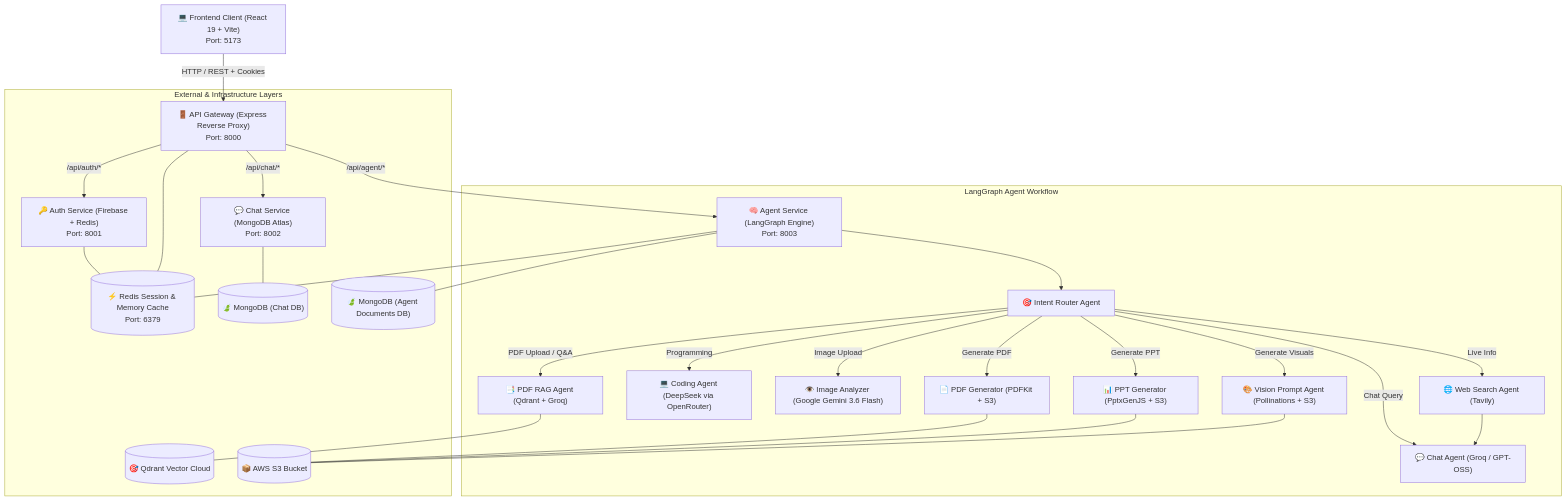
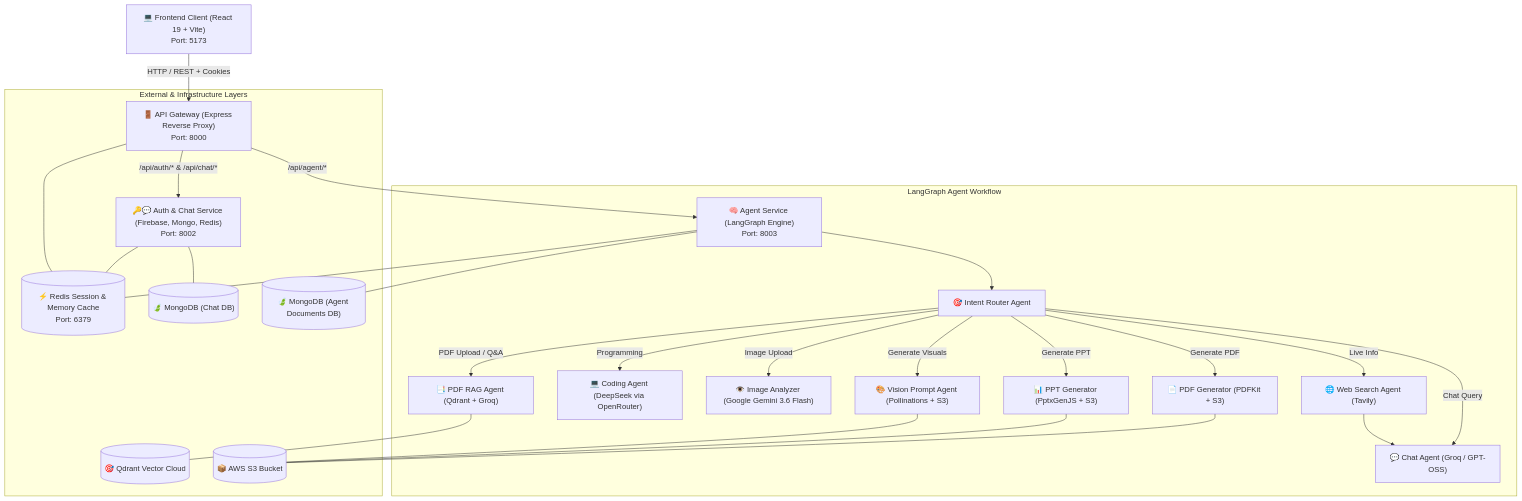
Before and after one commit to dev-Sujan4/Jett-AI-Multi-Agent-AI-platform-: the diagram in README.md, drawn with Mermaid. The commit also changed other lines of this file and 1 other file, not shown here.

````diff
--- a/README.md
+++ b/README.md
@@ -29,33 +29,32 @@
 ```mermaid
 graph TD
     Client["💻 Frontend Client (React 19 + Vite)<br/>Port: 5173"] -->|HTTP / REST + Cookies| Gateway["🚪 API Gateway (Express Reverse Proxy)<br/>Port: 8000"]
 
-    Gateway -->|/api/auth/*| AuthSvc["🔑 Auth Service (Firebase + Redis)<br/>Port: 8001"]
-    Gateway -->|/api/chat/*| ChatSvc["💬 Chat Service (MongoDB Atlas)<br/>Port: 8002"]
+    Gateway -->|/api/auth/* & /api/chat/*| AuthChatSvc["🔑💬 Auth & Chat Service (Firebase, Mongo, Redis)<br/>Port: 8002"]
     Gateway -->|/api/agent/*| AgentSvc["🧠 Agent Service (LangGraph Engine)<br/>Port: 8003"]
 
     subgraph "LangGraph Agent Workflow"
         AgentSvc --> Router["🎯 Intent Router Agent"]
         Router -->|Chat Query| ChatAgent["💬 Chat Agent (Groq / GPT-OSS)"]
         Router -->|Live Info| SearchAgent["🌐 Web Search Agent (Tavily)"]
         Router -->|Programming| CodingAgent["💻 Coding Agent (DeepSeek via OpenRouter)"]
         Router -->|Image Upload| ImgAnalyzer["👁️ Image Analyzer (Google Gemini 3.6 Flash)"]
         Router -->|PDF Upload / Q&A| PDFRag["📑 PDF RAG Agent (Qdrant + Groq)"]
         Router -->|Generate PDF| PDFAgent["📄 PDF Generator (PDFKit + S3)"]
         Router -->|Generate PPT| PPTAgent["📊 PPT Generator (PptxGenJS + S3)"]
         Router -->|Generate Visuals| VisionAgent["🎨 Vision Prompt Agent (Pollinations + S3)"]
         SearchAgent --> ChatAgent
     end
 
     subgraph "External & Infrastructure Layers"
-        AuthSvc --- Redis[("⚡ Redis Session & Memory Cache<br/>Port: 6379")]
+        AuthChatSvc --- Redis[("⚡ Redis Session & Memory Cache<br/>Port: 6379")]
         Gateway --- Redis
         AgentSvc --- Redis
-        ChatSvc --- MongoChat[("🍃 MongoDB (Chat DB)")]
+        AuthChatSvc --- MongoChat[("🍃 MongoDB (Chat DB)")]
         AgentSvc --- MongoAgent[("🍃 MongoDB (Agent Documents DB)")]
         PDFRag --- Qdrant[("🎯 Qdrant Vector Cloud")]
         PDFAgent --- S3[("📦 AWS S3 Bucket")]
         PPTAgent --- S3
         VisionAgent --- S3
     end
 ```
````
